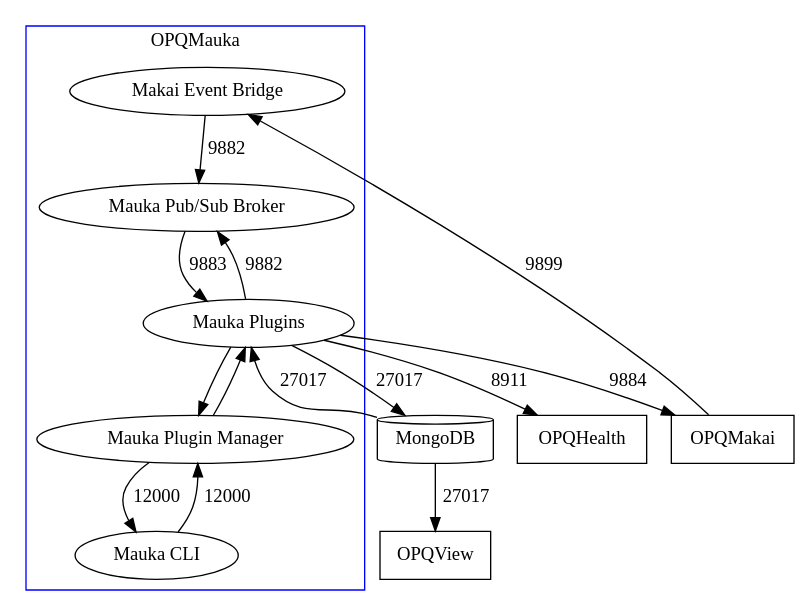
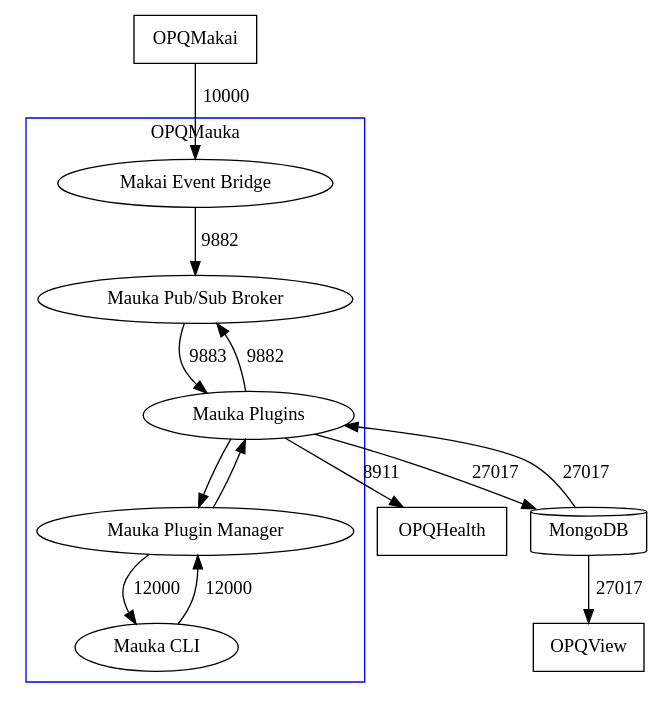
One commit to openpowerquality/docusaurus changed the diagram in docs/assets/mauka/mauka_port_diagram.dot. Above: the diagram before and after it, drawn with Graphviz. The commit also changed 1 other file, not shown here.

Commit message:
Update port diagram.

```diff
--- a/docs/assets/mauka/mauka_port_diagram.dot
+++ b/docs/assets/mauka/mauka_port_diagram.dot
@@ -1,35 +1,33 @@
 digraph mauka_services_diagram {
     OPQMakai[shape=box];
 
     subgraph cluster_mauka {
         label="OPQMauka";
         MakaiEventBridge [label="Makai Event Bridge"];
         PubSubBroker [label="Mauka Pub/Sub Broker"];
         MaukaPlugins [label="Mauka Plugins"];
         MaukaPluginManager [label="Mauka Plugin Manager"];
         MaukaCli [label="Mauka CLI"]
         color=blue;
 
         MakaiEventBridge -> PubSubBroker [label="9882"]
         PubSubBroker -> MaukaPlugins [label="9883"]
         MaukaPlugins -> PubSubBroker [label="9882"]
         MaukaPlugins -> MaukaPluginManager
         MaukaPluginManager -> MaukaPlugins
         MaukaCli -> MaukaPluginManager [label="12000"]
         MaukaPluginManager -> MaukaCli [label="12000"]
     }
 
-    OPQMakai -> MakaiEventBridge [label="9899"]
+    OPQMakai -> MakaiEventBridge [label="10000"]
 
     OPQHealth[shape=box];
     OPQView[shape=box]
     MongoDB[shape=cylinder];
 
     MaukaPlugins -> MongoDB [label="27017"]
     MongoDB -> MaukaPlugins [label="27017"]
     MaukaPlugins -> OPQHealth [label="8911"]
 
     MongoDB -> OPQView [label="27017"]
-
-    MaukaPlugins -> OPQMakai [label="9884"]
 }
```
